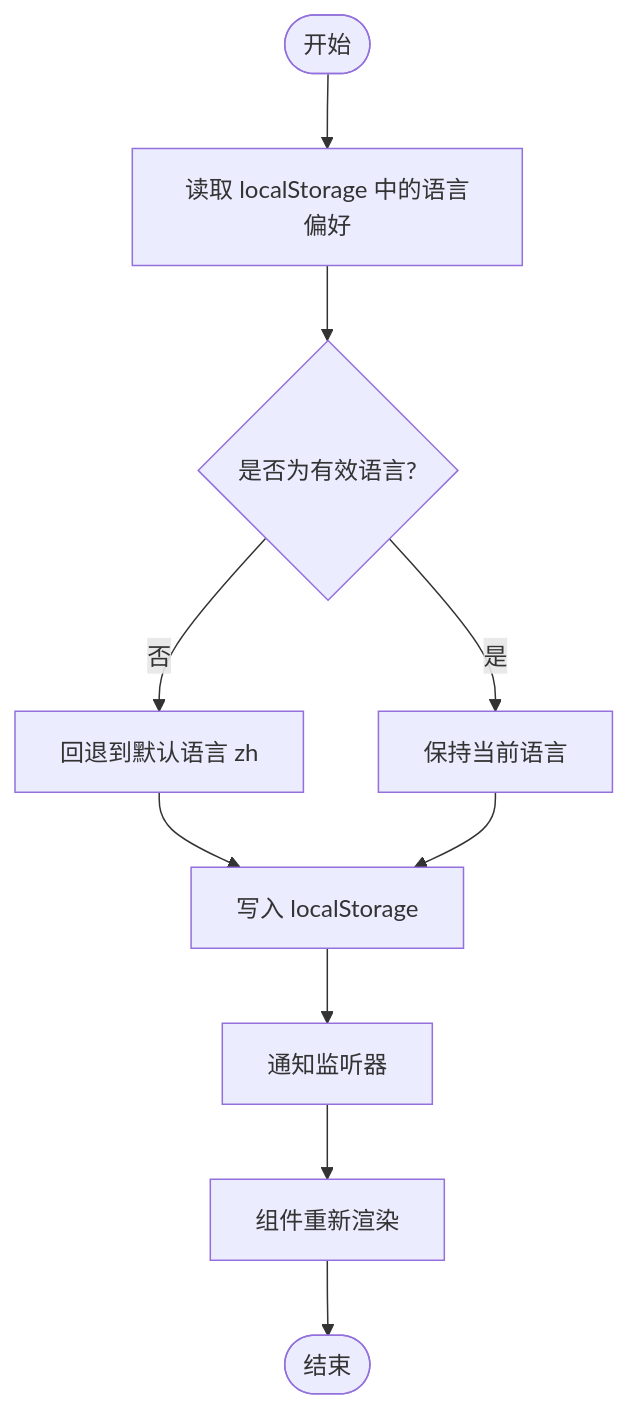
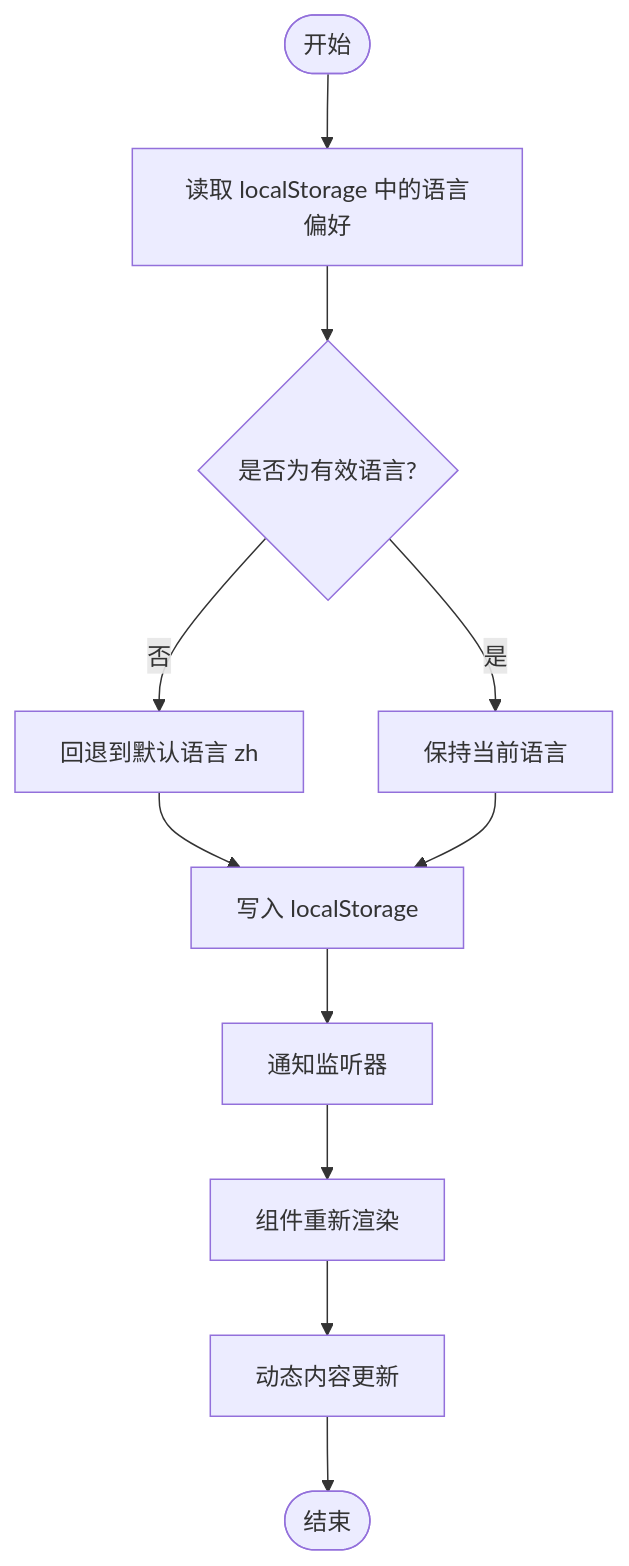
One commit to CubeEdge/Longhorn changed the third of 3 diagrams in .qoder/repowiki/zh/content/前端组件架构/国际化支持.md. Above: the diagram before and after it, drawn with Mermaid. The commit also changed other lines of this file and 53 other files, not shown here.

````diff
--- a/.qoder/repowiki/zh/content/前端组件架构/国际化支持.md
+++ b/.qoder/repowiki/zh/content/前端组件架构/国际化支持.md
@@ -333,12 +406,13 @@
 ```mermaid
 flowchart TD
 Start(["开始"]) --> GetStored["读取 localStorage 中的语言偏好"]
 GetStored --> Valid{"是否为有效语言?"}
 Valid --> |否| Default["回退到默认语言 zh"]
 Valid --> |是| Keep["保持当前语言"]
 Default --> Persist["写入 localStorage"]
 Keep --> Persist
 Persist --> Notify["通知监听器"]
 Notify --> Render["组件重新渲染"]
-Render --> End(["结束"])
+Render --> DynamicUpdate["动态内容更新"]
+DynamicUpdate --> End(["结束"])
 ```
````
